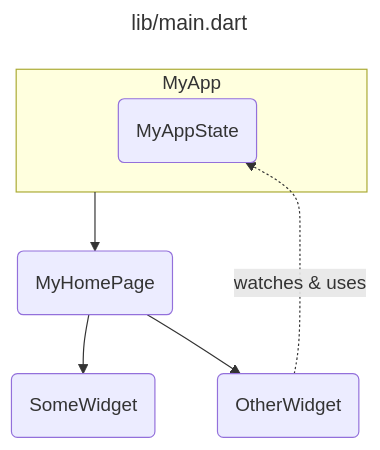
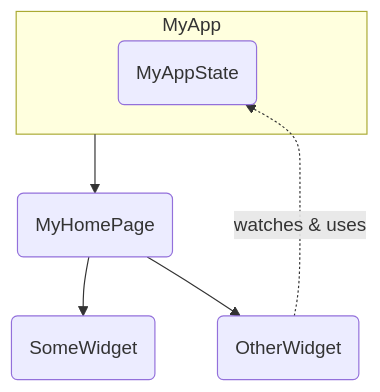
One commit to bymond17/flutter_sample changed the diagram in lib/README.md. Above: the diagram before and after it, drawn with Mermaid. The commit also changed other lines of this file, not shown here.

````diff
--- a/lib/README.md
+++ b/lib/README.md
@@ -1,19 +102,16 @@
 ```mermaid
----
-title: lib/main.dart
----
 flowchart
     subgraph "MyApp"
         State("MyAppState")
     end
 
     Home("MyHomePage")
     Some("SomeWidget")
     Other("OtherWidget")
     
     MyApp --> Home
     Home --> Some
     Home --> Other
 
     Other -.->|watches & uses| State
 ```
````
